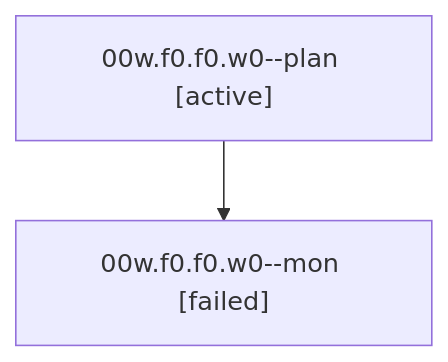
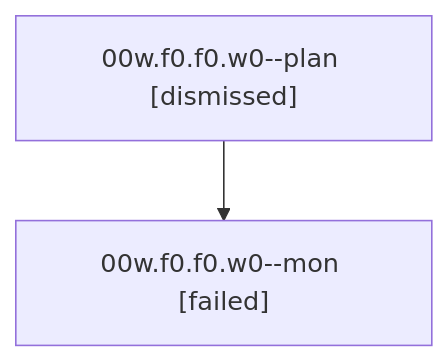
One commit to bobs-org/bob-cli--agents changed the diagram in sessions/bbugyi200.athena.00w.f0.f0.w0.md. Above: the diagram before and after it, drawn with Mermaid. The commit also changed other lines of this file and 62 other files, not shown here.

````diff
--- a/sessions/bbugyi200.athena.00w.f0.f0.w0.md
+++ b/sessions/bbugyi200.athena.00w.f0.f0.w0.md
@@ -9,6 +9,6 @@
 ```mermaid
 flowchart TD
-  n0["00w.f0.f0.w0--plan [active]"]
+  n0["00w.f0.f0.w0--plan [dismissed]"]
   n1["00w.f0.f0.w0--mon [failed]"]
   n0 --> n1
 ```
````
